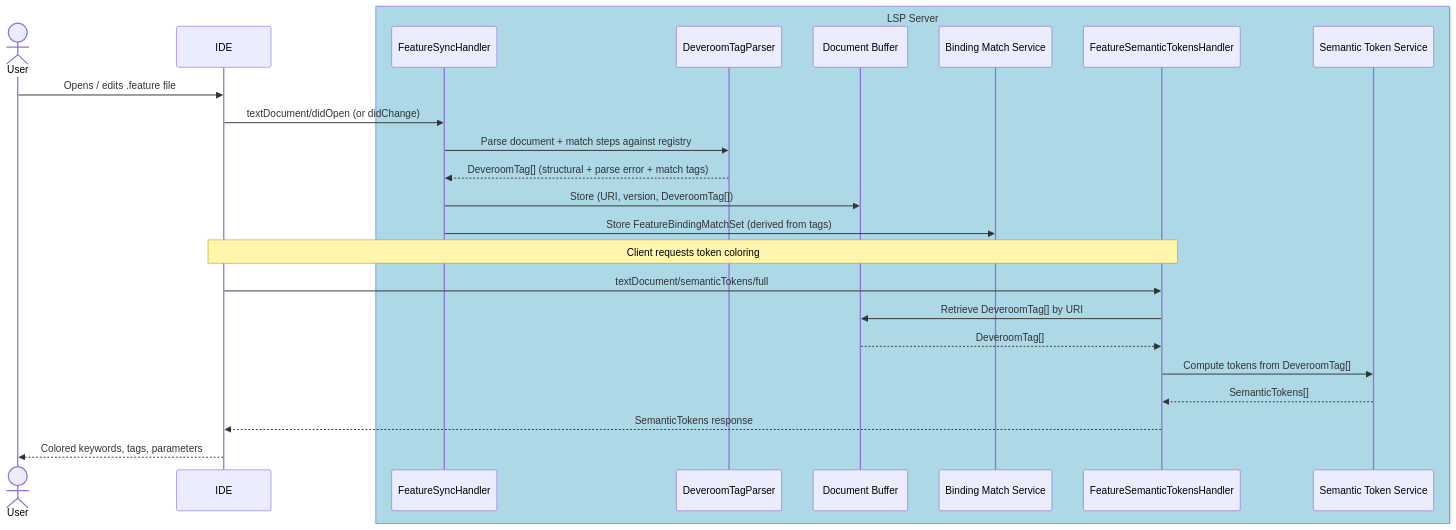
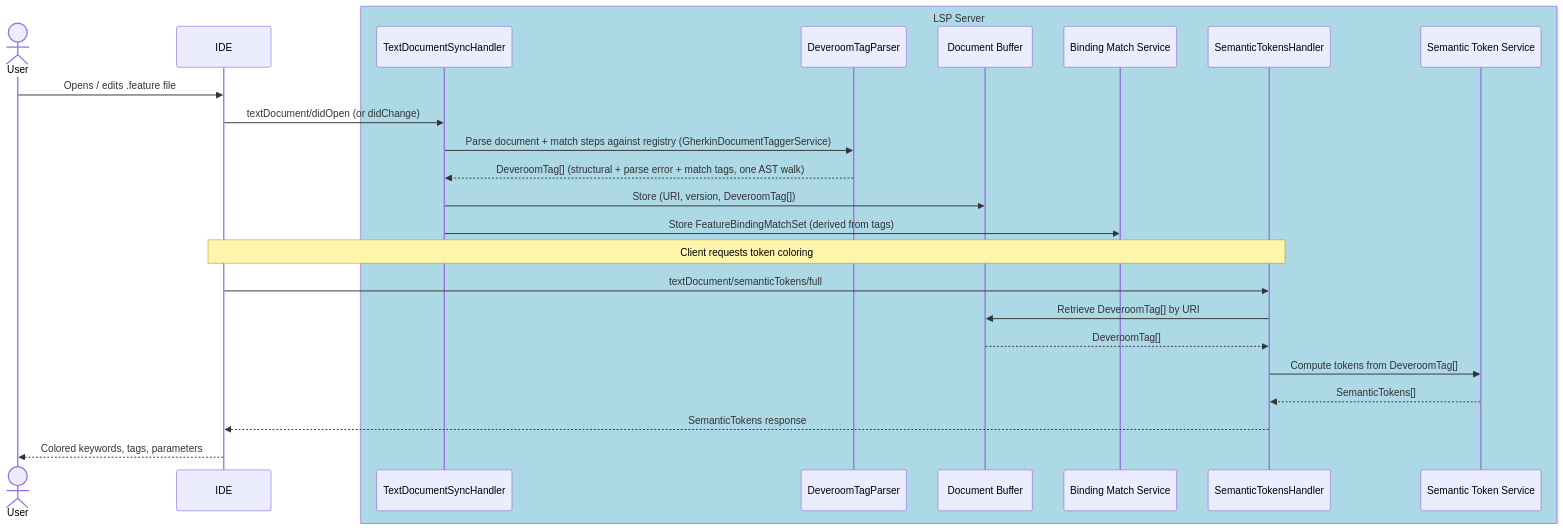
One commit to clrudolphi/Reqnroll.IdeSupport changed the first of 19 diagrams in docs/LSP-IDE-Support-Feature-Designs.md. Above: the diagram before and after it, drawn with Mermaid. The commit also changed other lines of this file and 1 other file, not shown here.

First line of the commit message:
docs: fold as-built notes into direct description in Feature Designs

````diff
--- a/docs/LSP-IDE-Support-Feature-Designs.md
+++ b/docs/LSP-IDE-Support-Feature-Designs.md
@@ -201,30 +201,30 @@
 ```mermaid
 sequenceDiagram
     actor User
     participant IDE
 
     box LightBlue LSP Server
-        participant FSH as FeatureSyncHandler
+        participant TDS as TextDocumentSyncHandler
         participant DTP as DeveroomTagParser
         participant DB as Document Buffer
         participant BMS as Binding Match Service
-        participant FSTH as FeatureSemanticTokensHandler
+        participant STH as SemanticTokensHandler
         participant STS as Semantic Token Service
     end
 
     User->>IDE: Opens / edits .feature file
-    IDE->>FSH: textDocument/didOpen (or didChange)
-    FSH->>DTP: Parse document + match steps against registry
-    DTP-->>FSH: DeveroomTag[] (structural + parse error + match tags)
-    FSH->>DB: Store (URI, version, DeveroomTag[])
-    FSH->>BMS: Store FeatureBindingMatchSet (derived from tags)
+    IDE->>TDS: textDocument/didOpen (or didChange)
+    TDS->>DTP: Parse document + match steps against registry (GherkinDocumentTaggerService)
+    DTP-->>TDS: DeveroomTag[] (structural + parse error + match tags, one AST walk)
+    TDS->>DB: Store (URI, version, DeveroomTag[])
+    TDS->>BMS: Store FeatureBindingMatchSet (derived from tags)
 
-    Note over IDE,FSTH: Client requests token coloring
-    IDE->>FSTH: textDocument/semanticTokens/full
-    FSTH->>DB: Retrieve DeveroomTag[] by URI
-    DB-->>FSTH: DeveroomTag[]
-    FSTH->>STS: Compute tokens from DeveroomTag[]
-    STS-->>FSTH: SemanticTokens[]
-    FSTH-->>IDE: SemanticTokens response
+    Note over IDE,STH: Client requests token coloring
+    IDE->>STH: textDocument/semanticTokens/full
+    STH->>DB: Retrieve DeveroomTag[] by URI
+    DB-->>STH: DeveroomTag[]
+    STH->>STS: Compute tokens from DeveroomTag[]
+    STS-->>STH: SemanticTokens[]
+    STH-->>IDE: SemanticTokens response
     IDE-->>User: Colored keywords, tags, parameters
 ```
````
